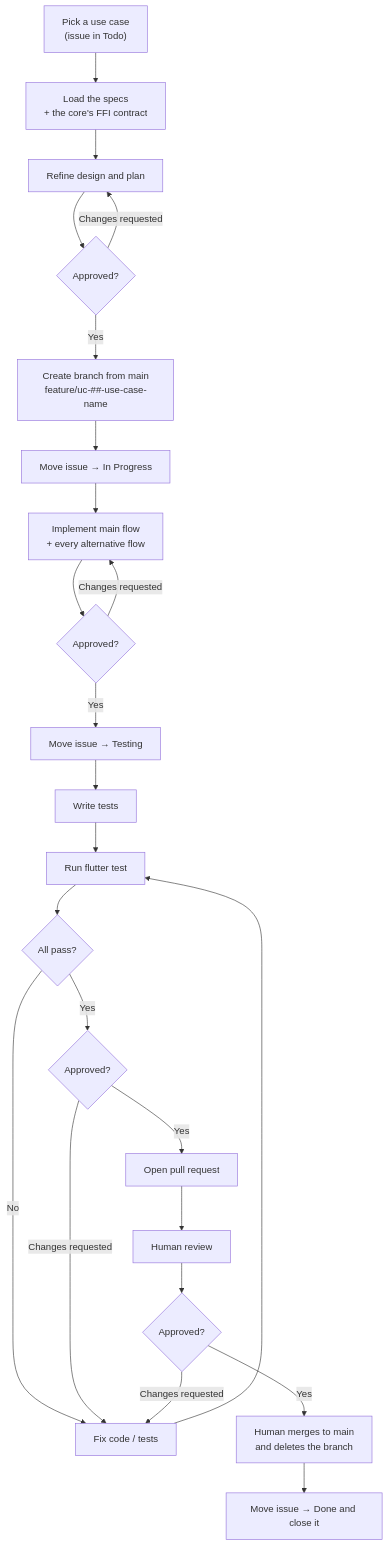
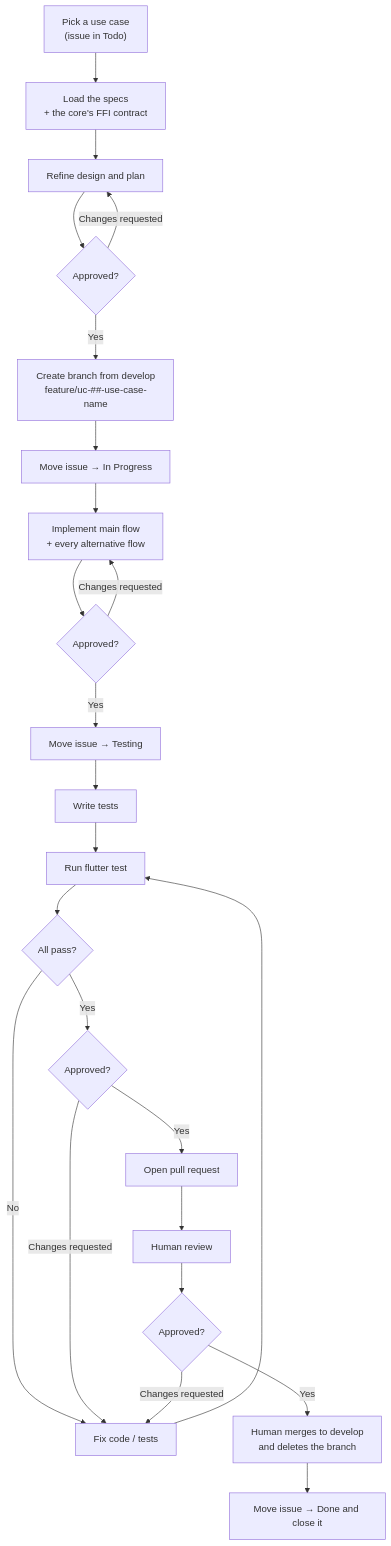
The diagram in docs/requirements/Development Workflow Document.md (artur-rios/alexandria-ui), drawn with Mermaid before and after one commit. The commit also changed other lines of this file and 11 other files, not shown here.

````diff
--- a/docs/requirements/Development Workflow Document.md
+++ b/docs/requirements/Development Workflow Document.md
@@ -27,26 +27,26 @@
 ```mermaid
 flowchart TD
     A["Pick a use case<br/>(issue in Todo)"] --> A2["Load the specs<br/>+ the core's FFI contract"]
     A2 --> A3["Refine design and plan"]
     A3 --> A4{Approved?}
     A4 -->|Changes requested| A3
-    A4 -->|Yes| B["Create branch from main<br/>feature/uc-##-use-case-name"]
+    A4 -->|Yes| B["Create branch from develop<br/>feature/uc-##-use-case-name"]
     B --> C["Move issue → In Progress"]
     C --> D["Implement main flow<br/>+ every alternative flow"]
     D --> D2{Approved?}
     D2 -->|Changes requested| D
     D2 -->|Yes| E["Move issue → Testing"]
     E --> F["Write tests"]
     F --> G["Run flutter test"]
     G --> H{All pass?}
     H -->|No| I["Fix code / tests"]
     I --> G
     H -->|Yes| H2{Approved?}
     H2 -->|Changes requested| I
     H2 -->|Yes| J["Open pull request"]
     J --> K["Human review"]
     K --> L{Approved?}
     L -->|Changes requested| I
-    L -->|Yes| M["Human merges to main<br/>and deletes the branch"]
+    L -->|Yes| M["Human merges to develop<br/>and deletes the branch"]
     M --> N["Move issue → Done and close it"]
 ```
````
